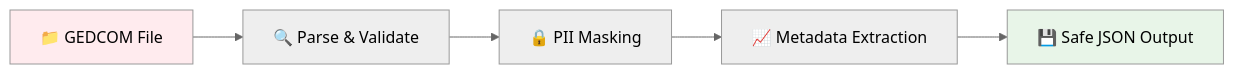
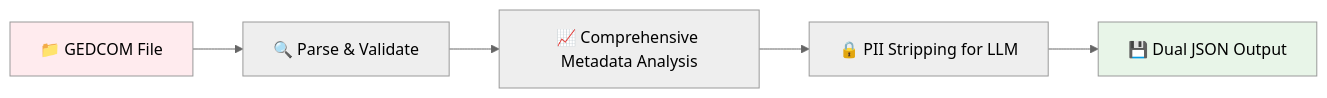
Before and after one commit to kevinmaes/generation-art: the second of 5 diagrams in docs/data-flow.md, drawn with Mermaid (neutral theme). The commit also changed other lines of this file and 4 other files, not shown here.

````diff
--- a/docs/data-flow.md
+++ b/docs/data-flow.md
@@ -35,10 +35,10 @@
 ```mermaid
 graph LR
     A[📁 GEDCOM File] --> B[🔍 Parse & Validate]
-    B --> C[🔒 PII Masking]
-    C --> D[📈 Metadata Extraction]
-    D --> E[💾 Safe JSON Output]
+    B --> C[📈 Comprehensive Metadata Analysis]
+    C --> D[🔒 PII Stripping for LLM]
+    D --> E[💾 Dual JSON Output]
 
     style A fill:#ffebee
     style E fill:#e8f5e8
 ```
````
